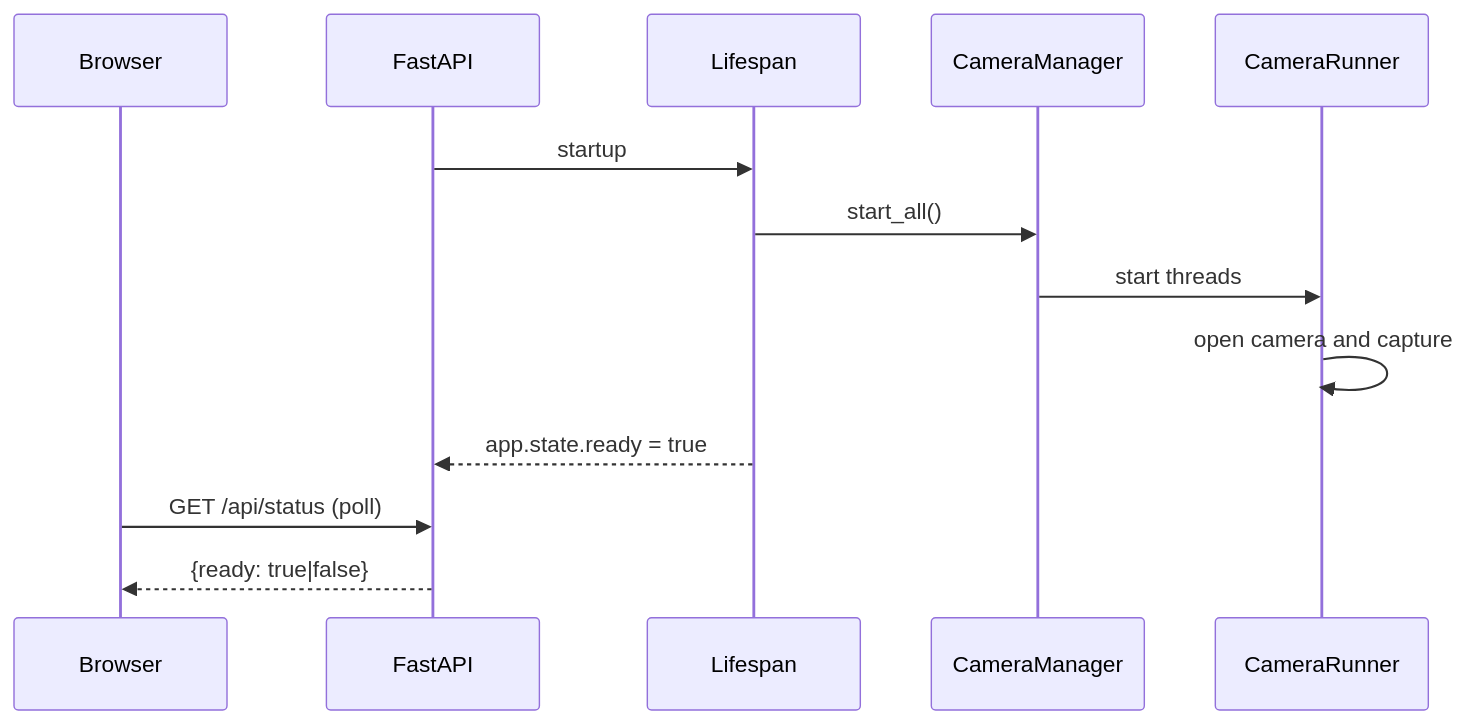
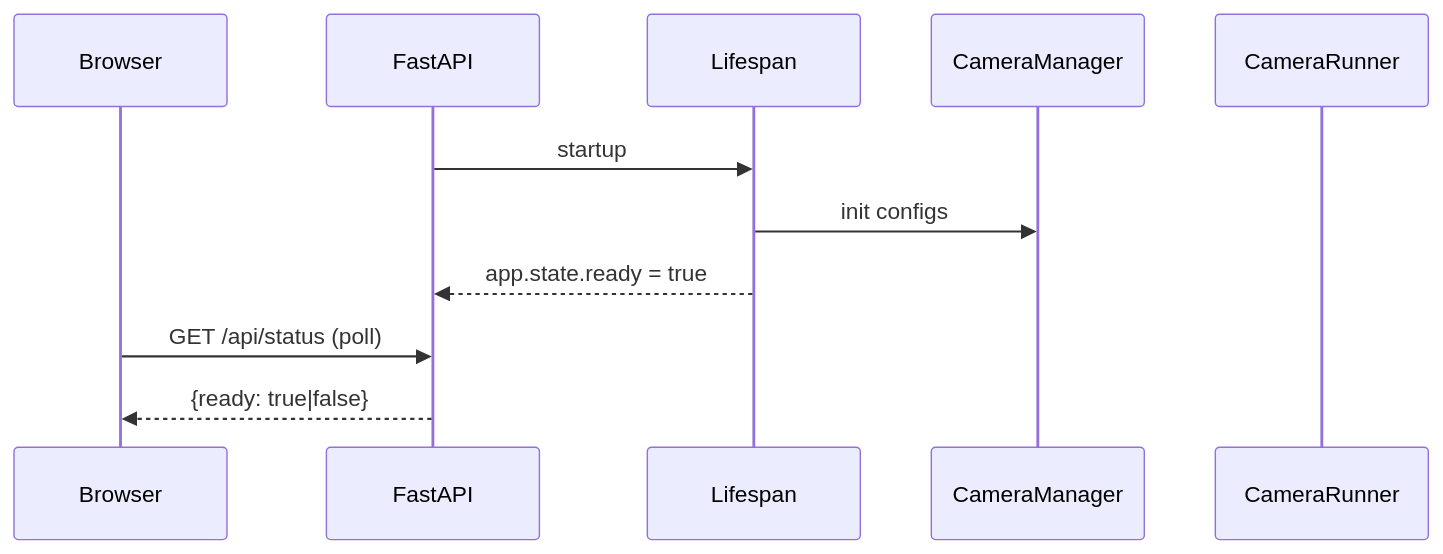
The second of 5 diagrams in PROJECT_GUIDE.md (Palhera/AI-Dart-Scorer), drawn with Mermaid before and after one commit. The commit also changed other lines of this file and 8 other files, not shown here.

````diff
--- a/PROJECT_GUIDE.md
+++ b/PROJECT_GUIDE.md
@@ -59,16 +59,14 @@
 ```mermaid
 sequenceDiagram
   participant Browser
   participant FastAPI
   participant Lifespan
   participant CameraManager
   participant CameraRunner
 
   FastAPI->>Lifespan: startup
-  Lifespan->>CameraManager: start_all()
-  CameraManager->>CameraRunner: start threads
-  CameraRunner->>CameraRunner: open camera and capture
+  Lifespan->>CameraManager: init configs
   Lifespan-->>FastAPI: app.state.ready = true
   Browser->>FastAPI: GET /api/status (poll)
   FastAPI-->>Browser: {ready: true|false}
 ```
````
